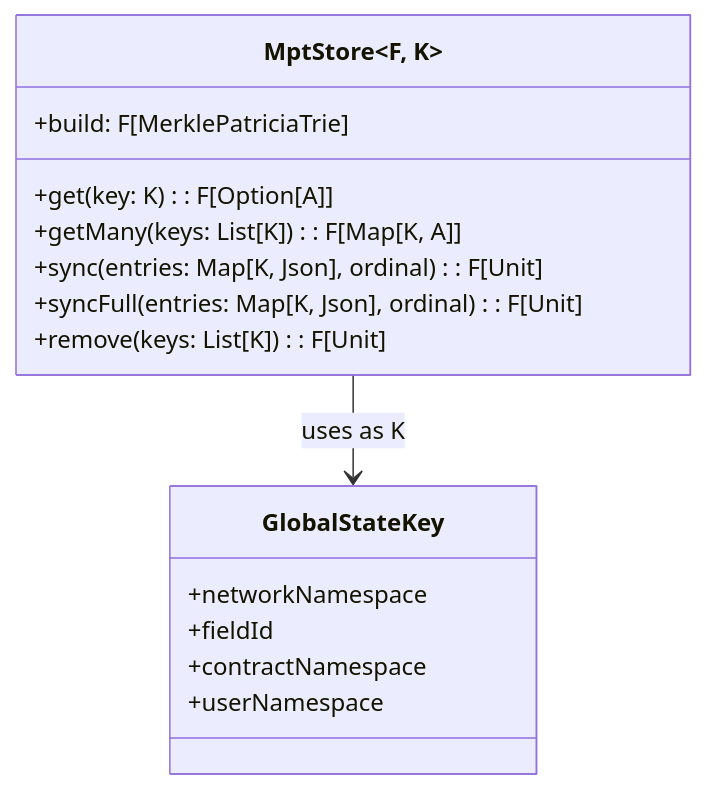
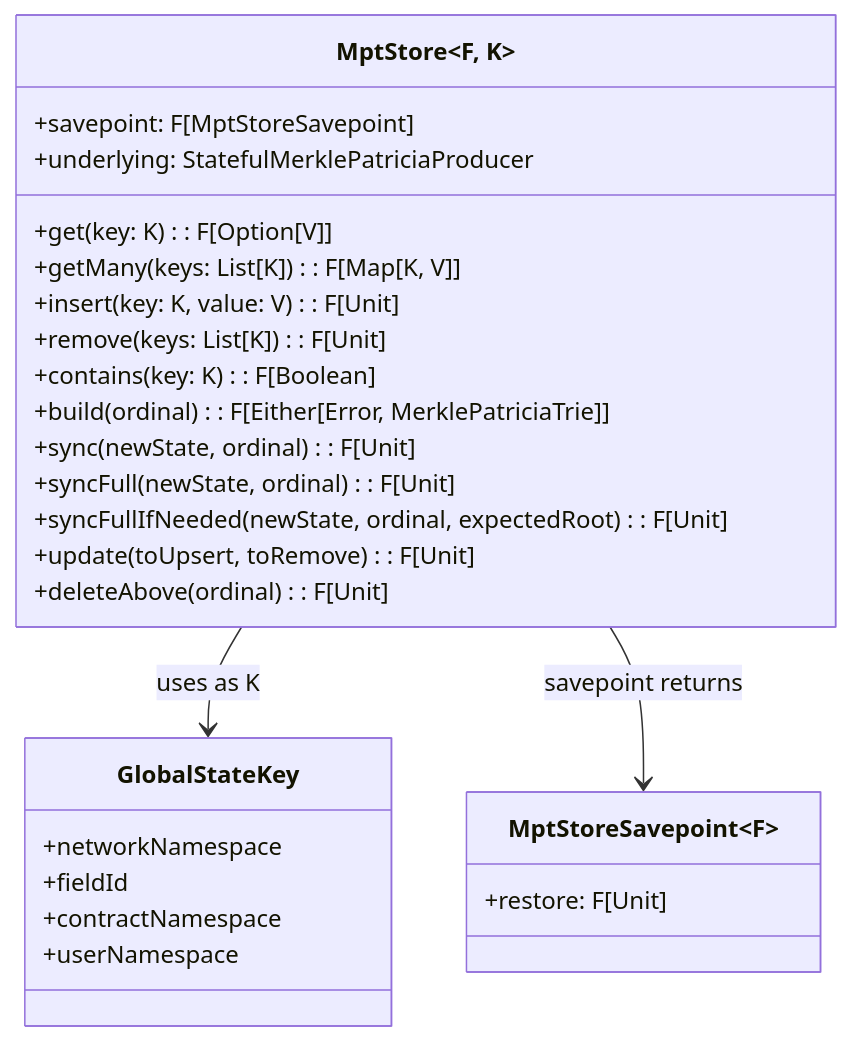
One commit to Constellation-Labs/tessellation changed the third of 4 diagrams in docs/mpt/integration.md. Above: the diagram before and after it, drawn with Mermaid. The commit also changed other lines of this file and 22 other files, not shown here.

````diff
--- a/docs/mpt/integration.md
+++ b/docs/mpt/integration.md
@@ -180,20 +242,32 @@
 ```mermaid
 classDiagram
     class MptStore~F, K~ {
-        +get(key: K): F[Option[A]]
-        +getMany(keys: List[K]): F[Map[K, A]]
-        +sync(entries: Map[K, Json], ordinal): F[Unit]
-        +syncFull(entries: Map[K, Json], ordinal): F[Unit]
+        +get(key: K): F[Option[V]]
+        +getMany(keys: List[K]): F[Map[K, V]]
+        +insert(key: K, value: V): F[Unit]
         +remove(keys: List[K]): F[Unit]
-        +build: F[MerklePatriciaTrie]
+        +contains(key: K): F[Boolean]
+        +build(ordinal): F[Either[Error, MerklePatriciaTrie]]
+        +sync(newState, ordinal): F[Unit]
+        +syncFull(newState, ordinal): F[Unit]
+        +syncFullIfNeeded(newState, ordinal, expectedRoot): F[Unit]
+        +update(toUpsert, toRemove): F[Unit]
+        +deleteAbove(ordinal): F[Unit]
+        +savepoint: F[MptStoreSavepoint]
+        +underlying: StatefulMerklePatriciaProducer
     }
-    
+
+    class MptStoreSavepoint~F~ {
+        +restore: F[Unit]
+    }
+
     class GlobalStateKey {
         +networkNamespace
         +fieldId
         +contractNamespace
         +userNamespace
     }
-    
+
     MptStore --> GlobalStateKey : uses as K
+    MptStore --> MptStoreSavepoint : savepoint returns
 ```
````
